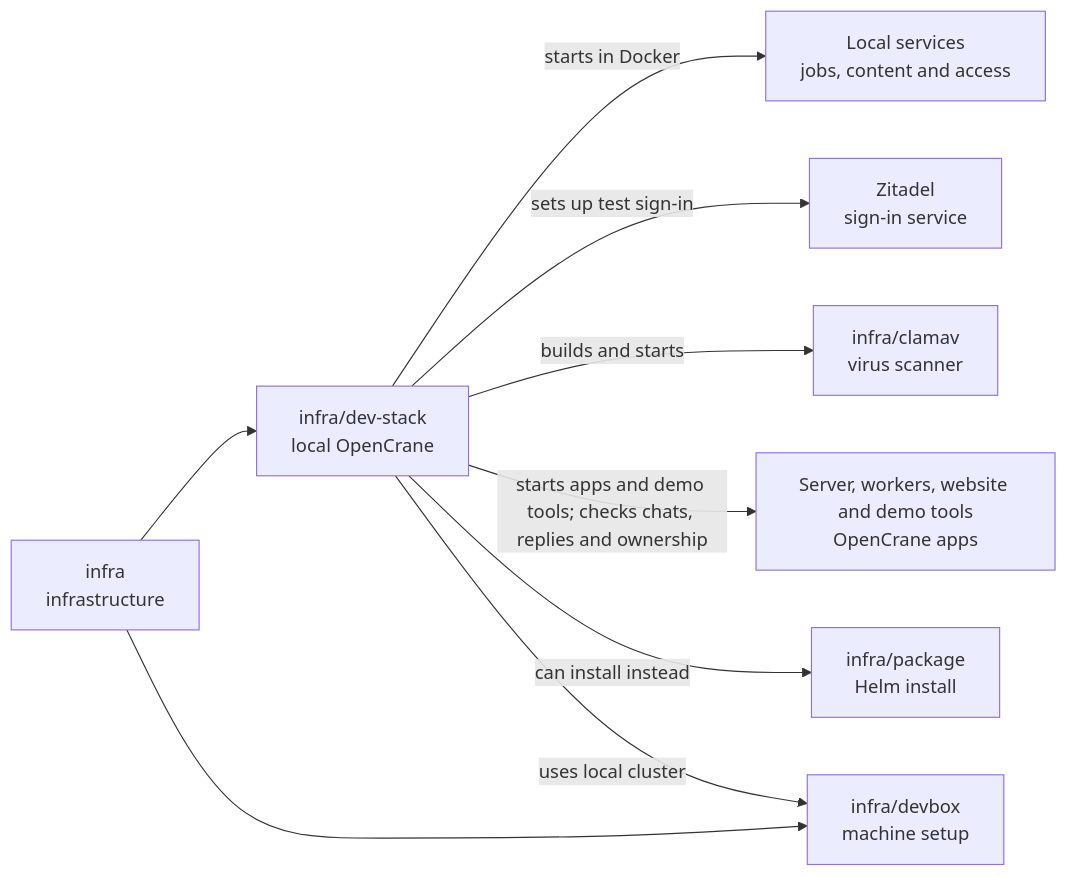
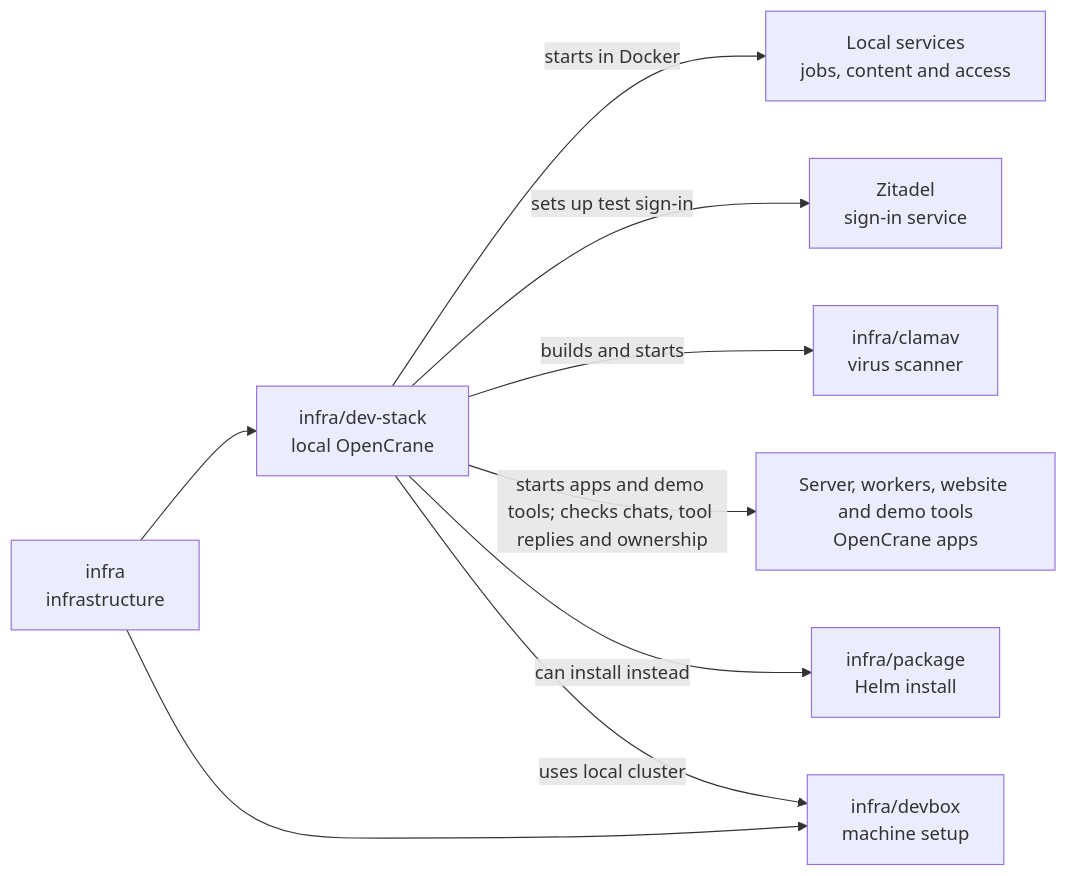
Before and after one commit to elewa-git/opencrane-new: the diagram in infra/dev-stack/README.md, drawn with Mermaid. The commit also changed other lines of this file and 25 other files, not shown here.

Commit message:
🛠️ Fix demo read turns and custom tool continuations

````diff
--- a/infra/dev-stack/README.md
+++ b/infra/dev-stack/README.md
@@ -16,11 +16,11 @@
 ```mermaid
 flowchart LR
   infra["infra<br/>infrastructure"] --> stack["infra/dev-stack<br/>local OpenCrane"]
   infra --> devbox["infra/devbox<br/>machine setup"]
   stack -->|starts in Docker| services["Local services<br/>jobs, content and access"]
   stack -->|sets up test sign-in| zitadel["Zitadel<br/>sign-in service"]
   stack -->|builds and starts| clamav["infra/clamav<br/>virus scanner"]
-  stack -->|starts apps and demo tools; checks chats, replies and ownership| apps["Server, workers, website and demo tools<br/>OpenCrane apps"]
+  stack -->|starts apps and demo tools; checks chats, tool replies and ownership| apps["Server, workers, website and demo tools<br/>OpenCrane apps"]
   stack -->|can install instead| package["infra/package<br/>Helm install"]
   stack -->|uses local cluster| devbox
 ```
````
